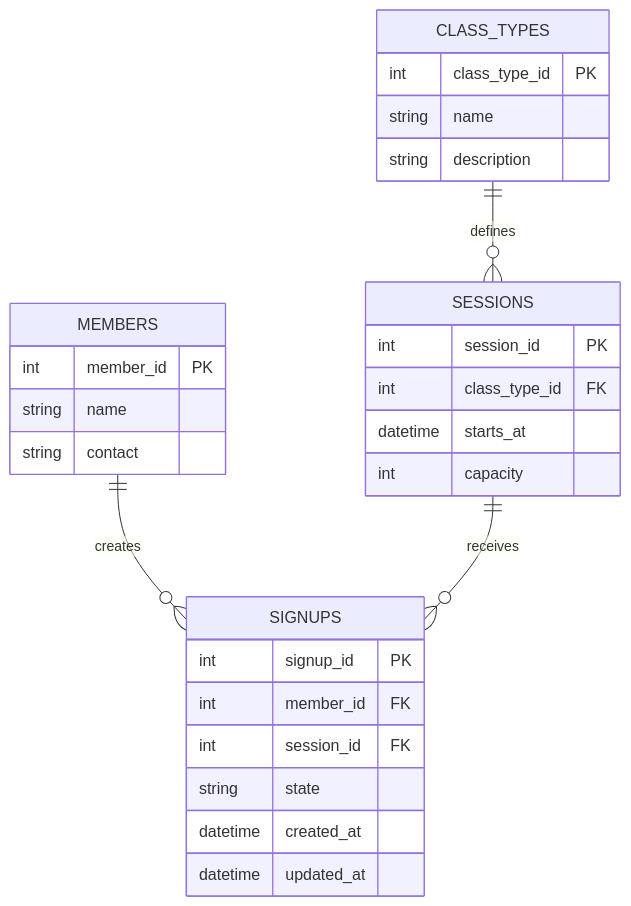
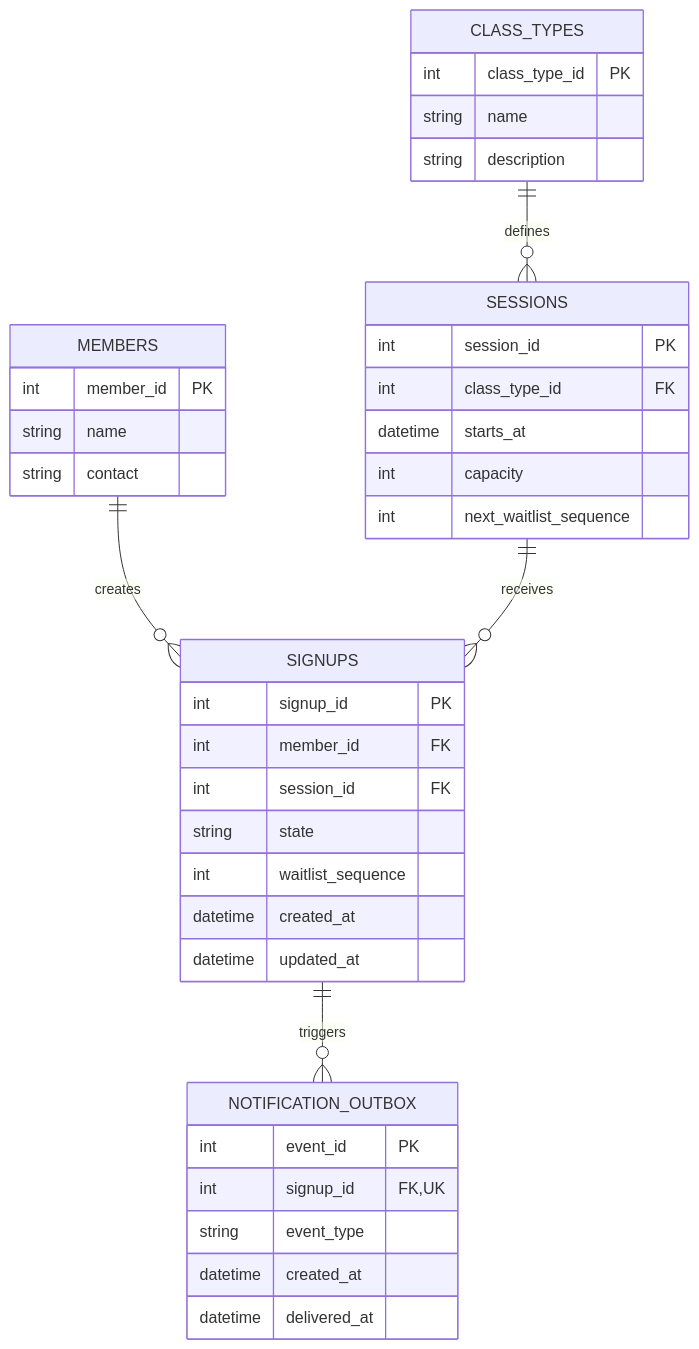
One commit to ehuerta6/bloomberg-interview-practice changed the second of 2 diagrams in solutions/system-design/01-gym-class-signup.md. Above: the diagram before and after it, drawn with Mermaid. The commit also changed other lines of this file and 16 other files, not shown here.

````diff
--- a/solutions/system-design/01-gym-class-signup.md
+++ b/solutions/system-design/01-gym-class-signup.md
@@ -41,31 +44,41 @@
 ```mermaid
 erDiagram
     MEMBERS ||--o{ SIGNUPS : creates
     CLASS_TYPES ||--o{ SESSIONS : defines
     SESSIONS ||--o{ SIGNUPS : receives
+    SIGNUPS ||--o{ NOTIFICATION_OUTBOX : triggers
 
     MEMBERS {
         int member_id PK
         string name
         string contact
     }
     CLASS_TYPES {
         int class_type_id PK
         string name
         string description
     }
     SESSIONS {
         int session_id PK
         int class_type_id FK
         datetime starts_at
         int capacity
+        int next_waitlist_sequence
     }
     SIGNUPS {
         int signup_id PK
         int member_id FK
         int session_id FK
         string state
+        int waitlist_sequence
         datetime created_at
         datetime updated_at
     }
+    NOTIFICATION_OUTBOX {
+        int event_id PK
+        int signup_id FK, UK
+        string event_type
+        datetime created_at
+        datetime delivered_at
+    }
 ```
````
